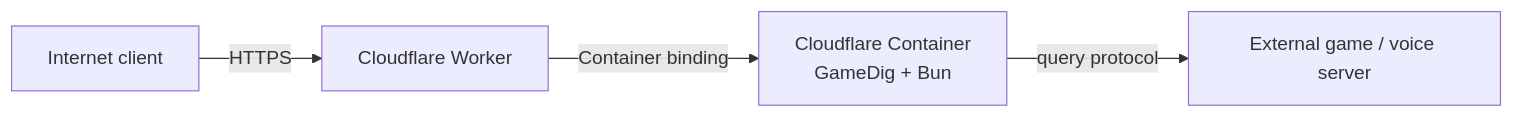
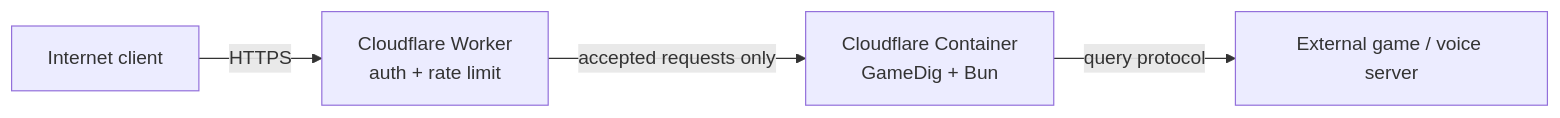
Before and after one commit to mynameistito/cf-gamedig: the second of 2 diagrams in README.md, drawn with Mermaid. The commit also changed other lines of this file and 4 other files, not shown here.

Commit message:
Add Worker authentication and rate limiting

````diff
--- a/README.md
+++ b/README.md
@@ -591,11 +677,11 @@
 ```mermaid
 flowchart LR
     Internet["Internet client"]
-    Worker["Cloudflare Worker"]
+    Worker["Cloudflare Worker<br/>auth + rate limit"]
     Container["Cloudflare Container<br/>GameDig + Bun"]
     Target["External game / voice server"]
 
     Internet -->|HTTPS| Worker
-    Worker -->|Container binding| Container
+    Worker -->|accepted requests only| Container
     Container -->|query protocol| Target
 ```
````
